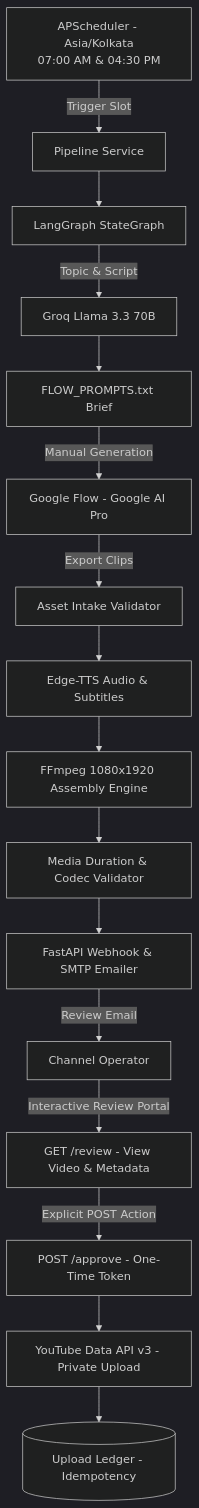
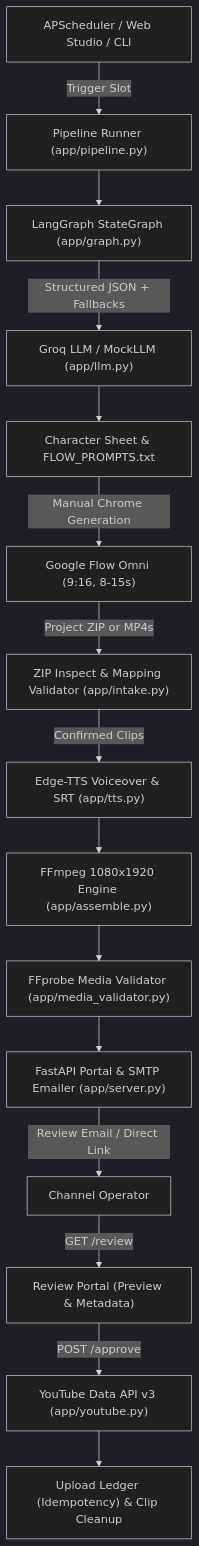
One commit to leetcode2307-coder/youtube-automation changed the diagram in README.md. Above: the diagram before and after it, drawn with Mermaid (dark theme). The commit also changed other lines of this file, not shown here.

Commit message:
docs: rewrite README.md to match studio architecture and ZIP import workflow

````diff
--- a/README.md
+++ b/README.md
@@ -30,18 +38,17 @@
 ```mermaid
 flowchart TD
-    Scheduler[APScheduler - Asia/Kolkata<br>07:00 AM & 04:30 PM] -->|Trigger Slot| Pipeline[Pipeline Service]
-    Pipeline --> LangGraph[LangGraph StateGraph]
-    LangGraph -->|Topic & Script| Groq[Groq Llama 3.3 70B]
-    Groq --> FlowBrief[FLOW_PROMPTS.txt Brief]
-    FlowBrief -->|Manual Generation| Flow[Google Flow - Google AI Pro]
-    Flow -->|Export Clips| AssetIntake[Asset Intake Validator]
-    AssetIntake --> TTS[Edge-TTS Audio & Subtitles]
-    TTS --> FFmpeg[FFmpeg 1080x1920 Assembly Engine]
-    FFmpeg --> Validator[Media Duration & Codec Validator]
-    Validator --> Server[FastAPI Webhook & SMTP Emailer]
-    Server -->|Review Email| Approver[Channel Operator]
-    Approver -->|Interactive Review Portal| ReviewGate[GET /review - View Video & Metadata]
-    ReviewGate -->|Explicit POST Action| ApproveGate[POST /approve - One-Time Token]
-    ApproveGate --> YouTube[YouTube Data API v3 - Private Upload]
-    YouTube --> Ledger[(Upload Ledger - Idempotency)]
+    Trigger["APScheduler / Web Studio / CLI"] -->|Trigger Slot| Pipeline["Pipeline Runner (app/pipeline.py)"]
+    Pipeline --> Graph["LangGraph StateGraph (app/graph.py)"]
+    Graph -->|Structured JSON + Fallbacks| Groq["Groq LLM / MockLLM (app/llm.py)"]
+    Groq --> Brief["Character Sheet & FLOW_PROMPTS.txt"]
+    Brief -->|Manual Chrome Generation| Flow["Google Flow Omni (9:16, 8-15s)"]
+    Flow -->|Project ZIP or MP4s| Intake["ZIP Inspect & Mapping Validator (app/intake.py)"]
+    Intake -->|Confirmed Clips| TTS["Edge-TTS Voiceover & SRT (app/tts.py)"]
+    TTS --> FFmpeg["FFmpeg 1080x1920 Engine (app/assemble.py)"]
+    FFmpeg --> MediaVal["FFprobe Media Validator (app/media_validator.py)"]
+    MediaVal --> Server["FastAPI Portal & SMTP Emailer (app/server.py)"]
+    Server -->|Review Email / Direct Link| Operator["Channel Operator"]
+    Operator -->|GET /review| ReviewGate["Review Portal (Preview & Metadata)"]
+    ReviewGate -->|POST /approve| YouTube["YouTube Data API v3 (app/youtube.py)"]
+    YouTube --> Ledger["Upload Ledger (Idempotency) & Clip Cleanup"]
 ```
````
